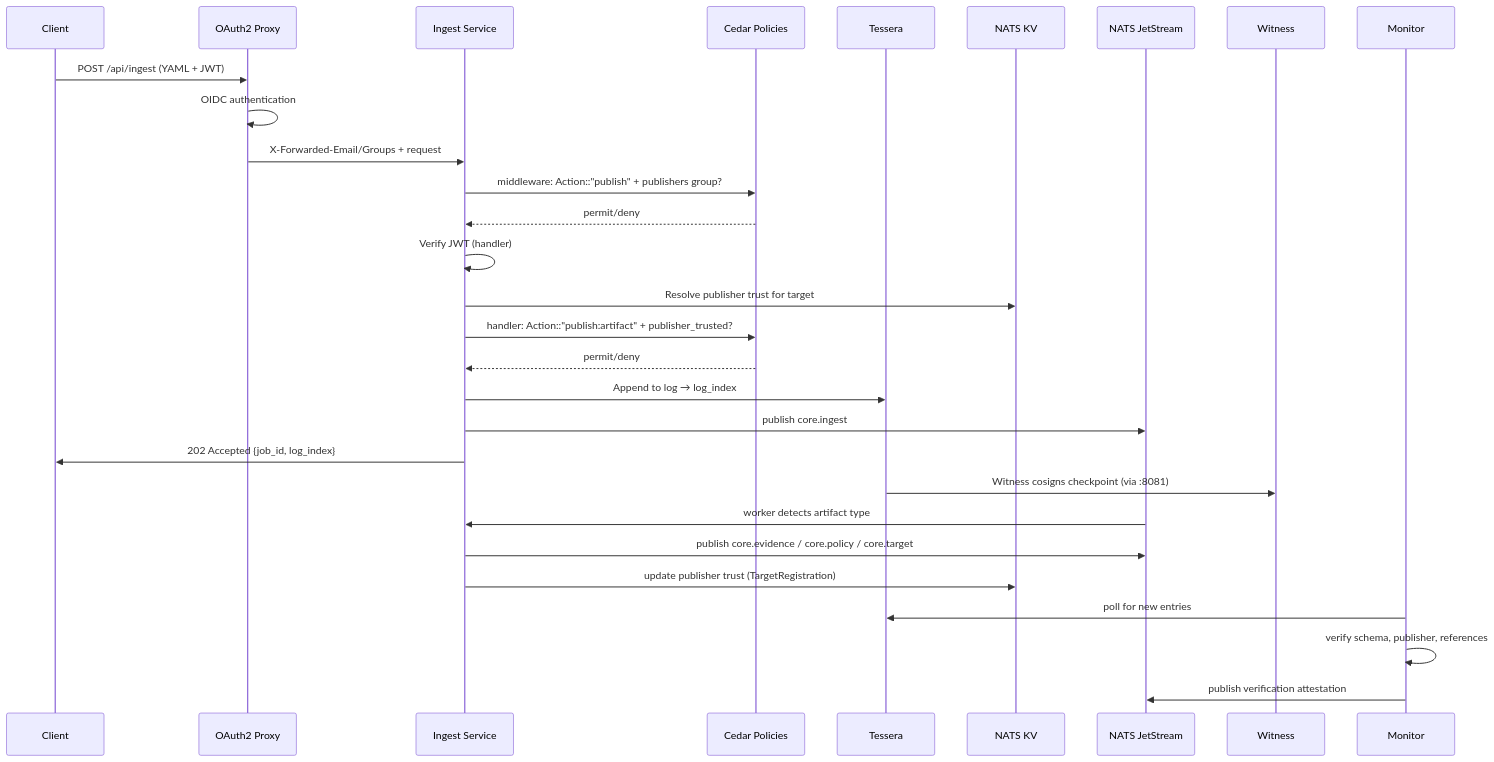
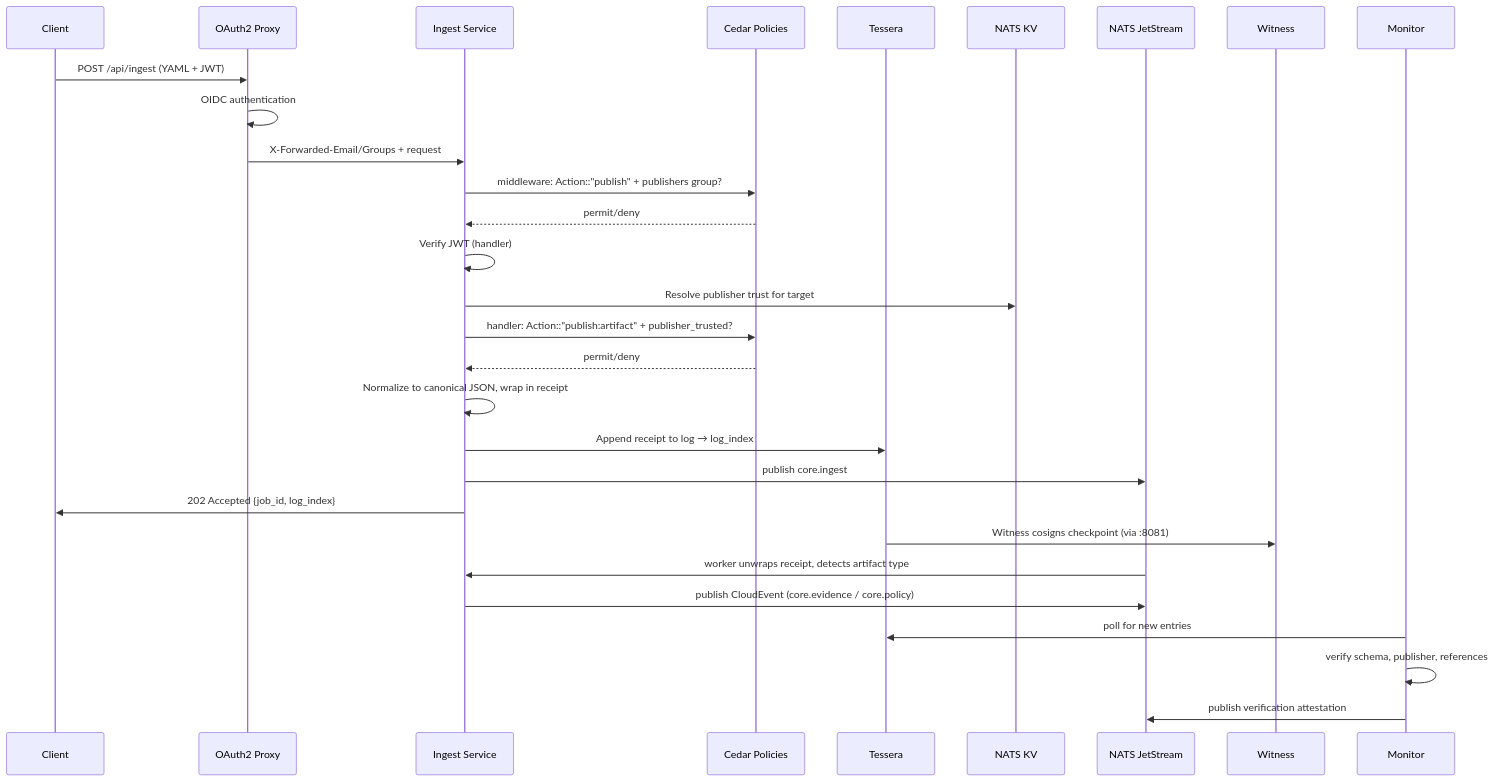
One commit to complytime-labs/complytime-core changed the second of 2 diagrams in docs/architecture.md. Above: the diagram before and after it, drawn with Mermaid. The commit also changed other lines of this file and 8 other files, not shown here.

First line of the commit message:
refactor: use canonical in-toto and DSSE libraries, update architecture docs

````diff
--- a/docs/architecture.md
+++ b/docs/architecture.md
@@ -114,32 +131,32 @@
 ```mermaid
 sequenceDiagram
   participant C as Client
   participant P as OAuth2 Proxy
   participant I as Ingest Service
   participant Cedar as Cedar Policies
   participant T as Tessera
   participant KV as NATS KV
   participant N as NATS JetStream
   participant W as Witness
   participant M as Monitor
 
   C->>P: POST /api/ingest (YAML + JWT)
   P->>P: OIDC authentication
   P->>I: X-Forwarded-Email/Groups + request
   I->>Cedar: middleware: Action::"publish" + publishers group?
   Cedar-->>I: permit/deny
   I->>I: Verify JWT (handler)
   I->>KV: Resolve publisher trust for target
   I->>Cedar: handler: Action::"publish:artifact" + publisher_trusted?
   Cedar-->>I: permit/deny
-  I->>T: Append to log → log_index
+  I->>I: Normalize to canonical JSON, wrap in receipt
+  I->>T: Append receipt to log → log_index
   I->>N: publish core.ingest
   I->>C: 202 Accepted {job_id, log_index}
   T->>W: Witness cosigns checkpoint (via :8081)
-  N->>I: worker detects artifact type
-  I->>N: publish core.evidence / core.policy / core.target
-  I->>KV: update publisher trust (TargetRegistration)
+  N->>I: worker unwraps receipt, detects artifact type
+  I->>N: publish CloudEvent (core.evidence / core.policy)
   M->>T: poll for new entries
   M->>M: verify schema, publisher, references
   M->>N: publish verification attestation
 ```
````
